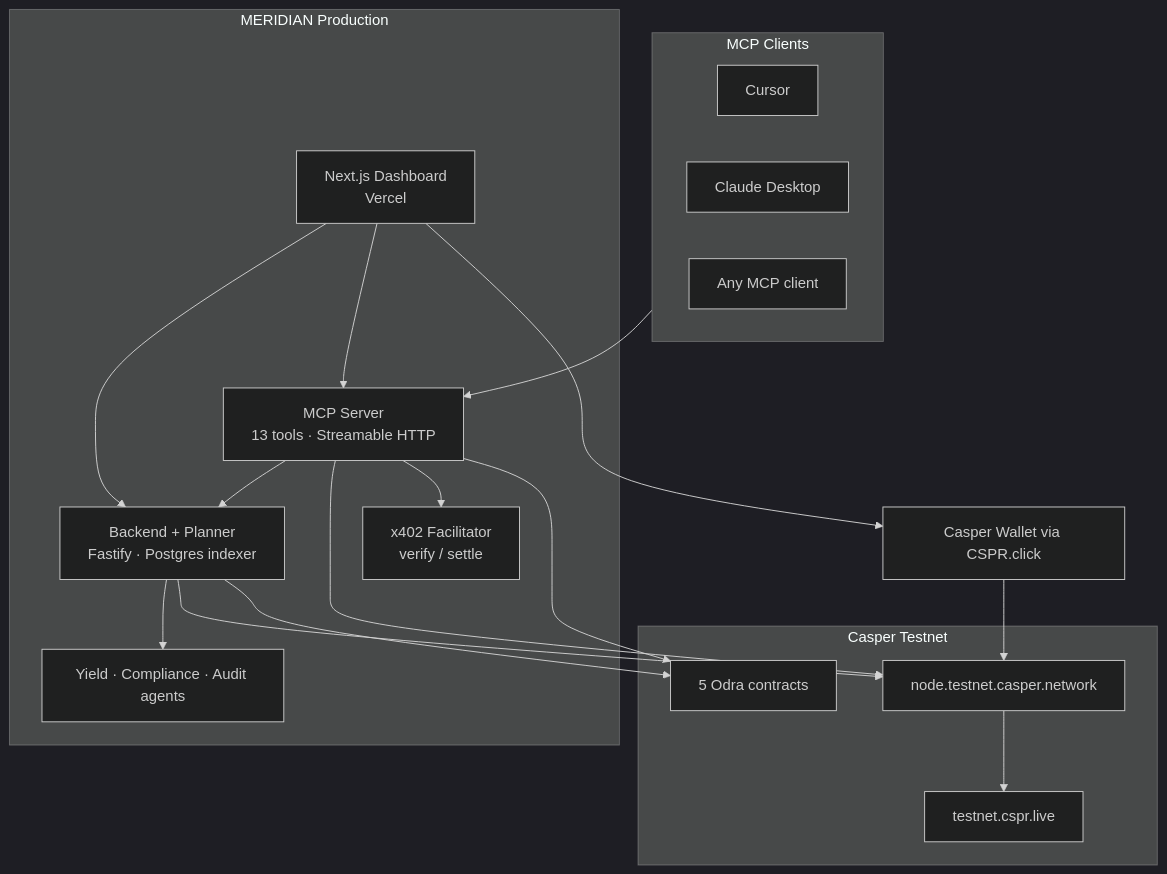
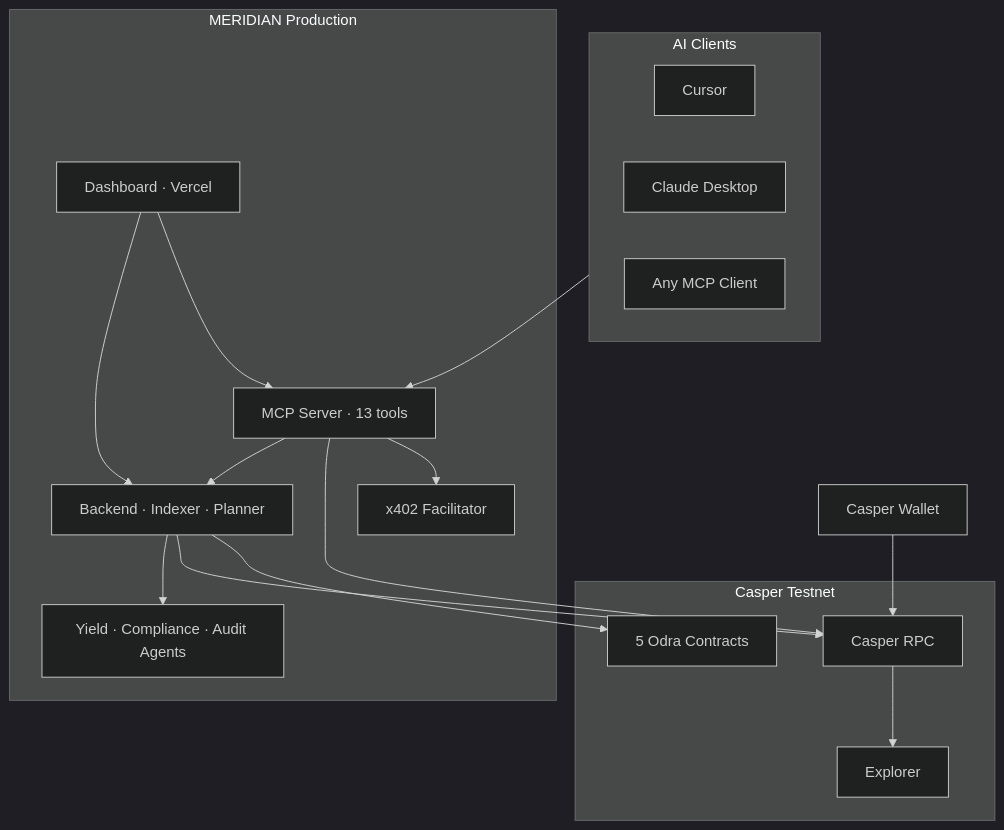
The diagram in README.md (mohamedwael201193/MERIDIAN), drawn with Mermaid (dark theme) before and after one commit. The commit also changed other lines of this file, not shown here.

````diff
--- a/README.md
+++ b/README.md
@@ -116,38 +148,30 @@
 ```mermaid
 flowchart TB
-  subgraph clients [MCP Clients]
+  subgraph clients [AI Clients]
     Cursor[Cursor]
     Claude[Claude Desktop]
-    Other[Any MCP client]
+    Any[Any MCP Client]
   end
 
-  subgraph meridian [MERIDIAN Production]
-    FE[Next.js Dashboard<br/>Vercel]
-    MCP[MCP Server<br/>13 tools · Streamable HTTP]
-    BE[Backend + Planner<br/>Fastify · Postgres indexer]
-    X402[x402 Facilitator<br/>verify / settle]
-    Agents[Yield · Compliance · Audit agents]
+  subgraph prod [MERIDIAN Production]
+    FE[Dashboard · Vercel]
+    MCP[MCP Server · 13 tools]
+    BE[Backend · Indexer · Planner]
+    X402[x402 Facilitator]
+    AG[Yield · Compliance · Audit Agents]
   end
 
-  subgraph casper [Casper Testnet]
-    Contracts[5 Odra contracts]
-    RPC[node.testnet.casper.network]
-    Explorer[testnet.cspr.live]
+  subgraph chain [Casper Testnet]
+    C[5 Odra Contracts]
+    RPC[Casper RPC]
+    EX[Explorer]
   end
 
-  Wallet[Casper Wallet via CSPR.click]
+  W[Casper Wallet]
 
   clients --> MCP
-  FE --> BE
-  FE --> MCP
-  FE --> Wallet
-  MCP --> BE
-  MCP --> RPC
-  MCP --> X402
-  BE --> Agents
-  BE --> RPC
-  BE --> Contracts
-  MCP --> Contracts
-  Wallet --> RPC
-  RPC --> Explorer
+  FE --> BE & MCP
+  MCP --> BE & RPC & X402
+  BE --> AG & RPC & C
+  W --> RPC --> EX
 ```
````
